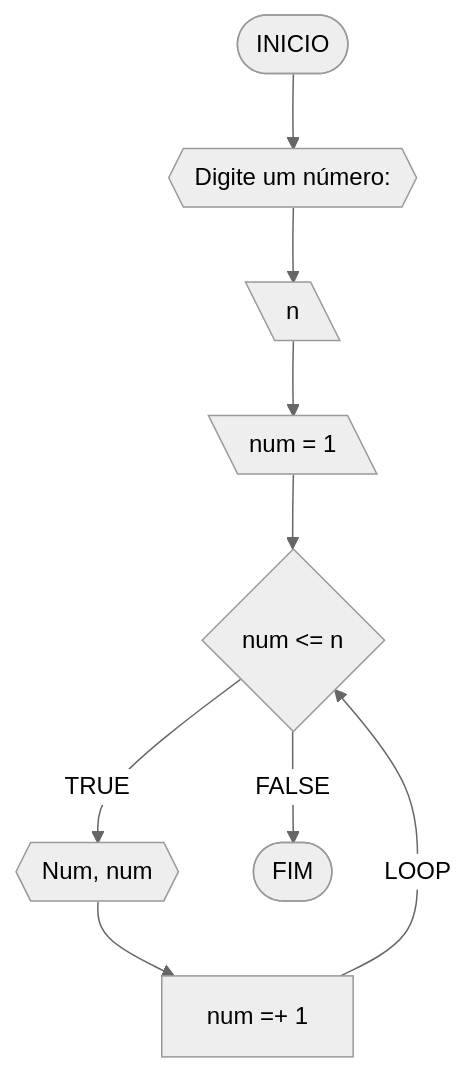
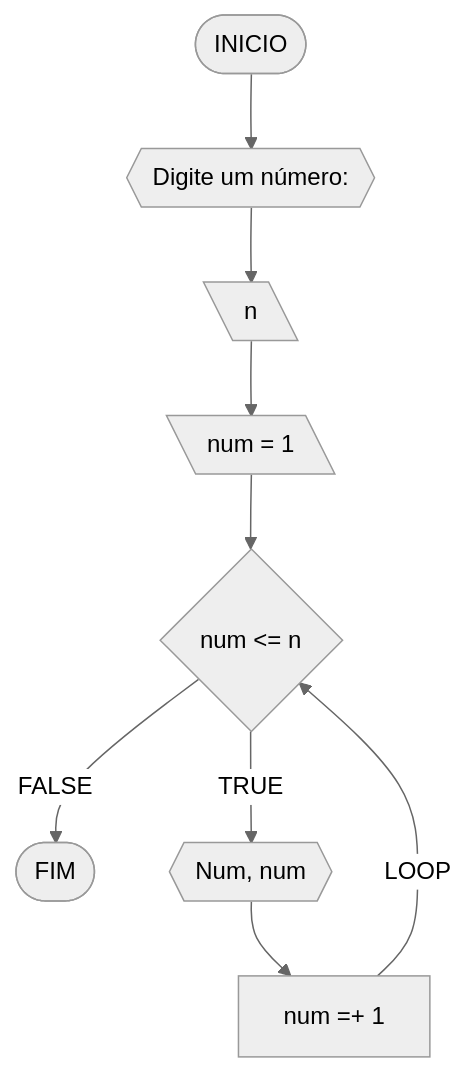
One commit to dionysuspsn/unifor-1 changed the first of 6 diagrams in RLA/unidade1/lista3.md. Above: the diagram before and after it, drawn with Mermaid (neutral theme). The commit also changed other lines of this file, not shown here.

````diff
--- a/RLA/unidade1/lista3.md
+++ b/RLA/unidade1/lista3.md
@@ -9,11 +9,11 @@
 ```mermaid
 flowchart TD
 A([INICIO]) --> B{{Digite um número: }}
 B --> C[\n\]
 C --> D[\num = 1\]
 D --> E{num <= n}
+E --FALSE--> I([FIM])
 E --TRUE--> F{{"Num", num}}
 F --> G[num =+ 1]
 G --LOOP--> E
-E --FALSE--> I([FIM])
 ```
````
